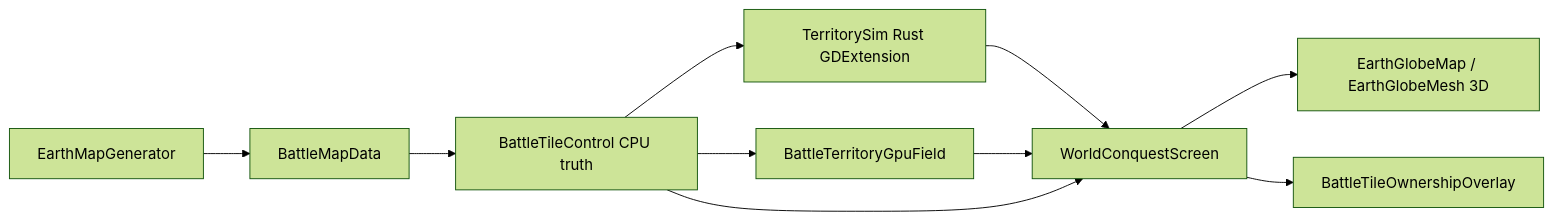
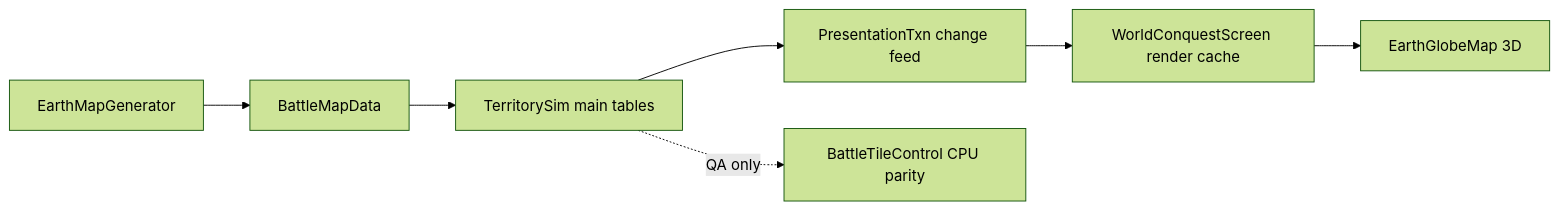
The diagram in DESIGN.md (WaaaghStack/Empires-of-Yesterday), drawn with Mermaid (forest theme) before and after one commit. The commit also changed other lines of this file and 37 other files, not shown here.

First line of the commit message:
Ship WorldDataset live path: Rust main tables, PresentationTxn, logistics, and ~60 FPS presentation fixes.

````diff
--- a/DESIGN.md
+++ b/DESIGN.md
@@ -88,12 +88,9 @@
 ```mermaid
 flowchart LR
   Gen[EarthMapGenerator] --> MapData[BattleMapData]
-  MapData --> TC[BattleTileControl CPU truth]
-  TC --> Rust[TerritorySim Rust GDExtension]
-  TC --> Gpu[BattleTerritoryGpuField]
-  Rust --> Screen[WorldConquestScreen]
-  Gpu --> Screen
-  TC --> Screen
-  Screen --> Globe[EarthGlobeMap / EarthGlobeMesh 3D]
-  Screen --> Overlay[BattleTileOwnershipOverlay]
+  MapData --> Rust[TerritorySim main tables]
+  Rust --> Txn[PresentationTxn change feed]
+  Txn --> Screen[WorldConquestScreen render cache]
+  Screen --> Globe[EarthGlobeMap 3D]
+  Rust -.QA only.-> TC[BattleTileControl CPU parity]
 ```
````
